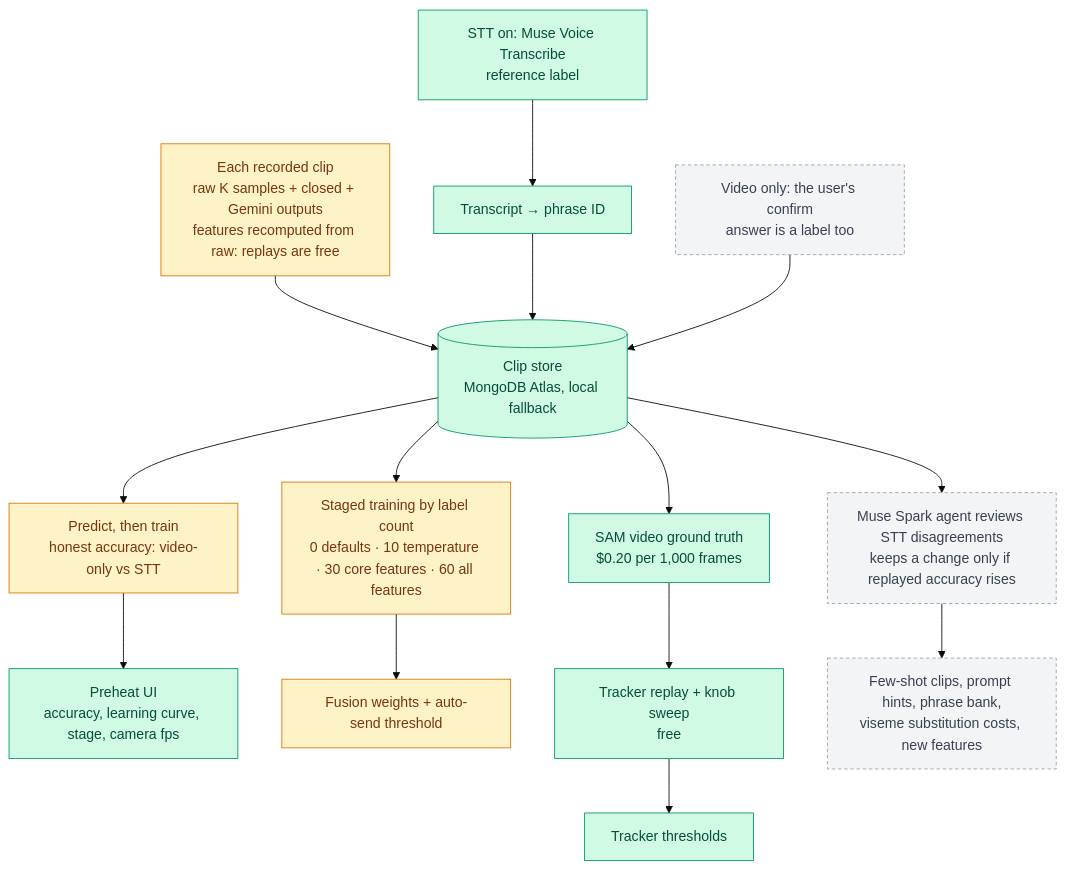
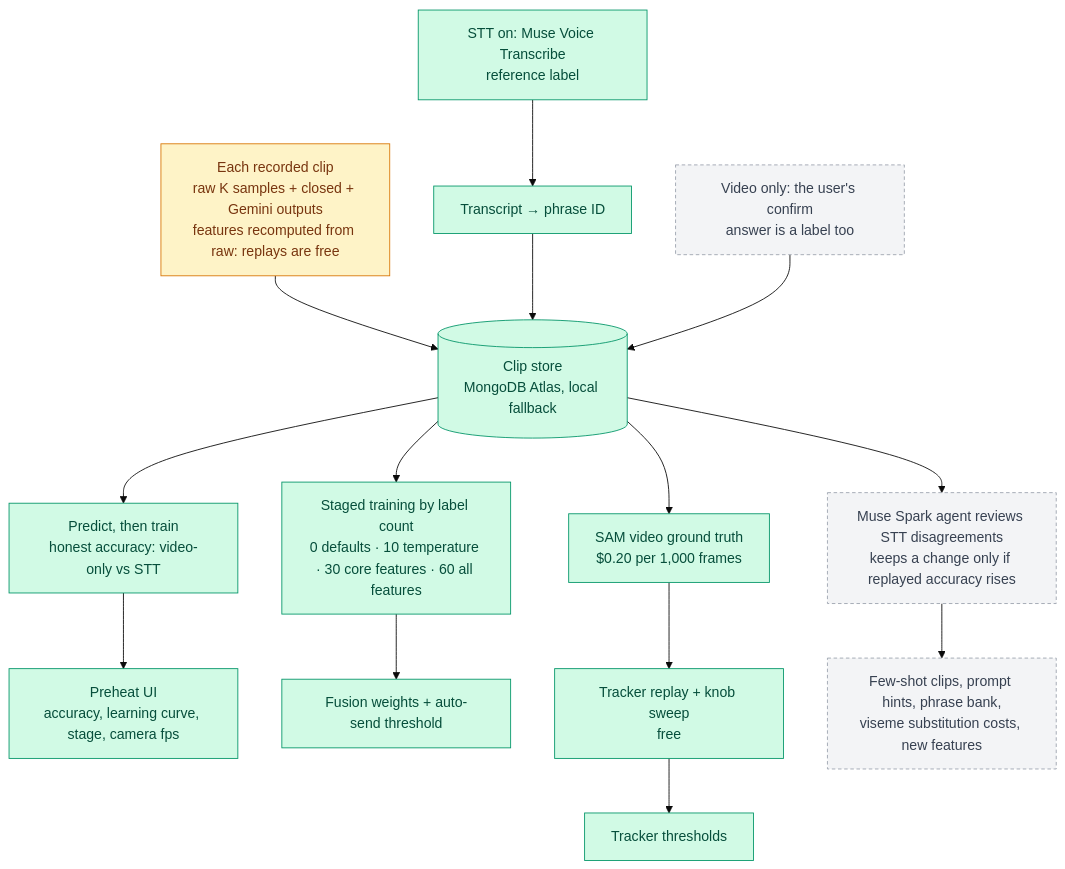
Before and after one commit to Darijan-Ducic/badge-machine: the second of 4 diagrams in docs/pipeline.md, drawn with Mermaid (base theme). The commit also changed other lines of this file and 1 other file, not shown here.

First line of the commit message:
docs: personal vs system training loops; statuses match what's merged

````diff
--- a/docs/pipeline.md
+++ b/docs/pipeline.md
@@ -45,35 +45,35 @@
 ```mermaid
 flowchart TD
   CLIP["Each recorded clip<br/>raw K samples + closed + Gemini outputs<br/>features recomputed from raw: replays are free"]
   STT["STT on: Muse Voice Transcribe<br/>reference label"]
   CONF["Video only: the user's confirm<br/>answer is a label too"]
   MATCH["Transcript → phrase ID"]
   STORE[("Clip store<br/>MongoDB Atlas, local fallback")]
 
   PREQ["Predict, then train<br/>honest accuracy: video-only vs STT"]
   UI["Preheat UI<br/>accuracy, learning curve, stage, camera fps"]
   STAGES["Staged training by label count<br/>0 defaults · 10 temperature · 30 core features · 60 all features"]
   FUSE["Fusion weights + auto-send threshold"]
 
   GT["SAM video ground truth<br/>$0.20 per 1,000 frames"]
   REPLAY["Tracker replay + knob sweep<br/>free"]
   KNOBS["Tracker thresholds"]
 
   AGENT["Muse Spark agent reviews STT disagreements<br/>keeps a change only if replayed accuracy rises"]
   PROMPTS["Few-shot clips, prompt hints, phrase bank,<br/>viseme substitution costs, new features"]
 
   CLIP --> STORE
   STT --> MATCH --> STORE
   CONF --> STORE
   STORE --> PREQ --> UI
   STORE --> STAGES --> FUSE
   STORE --> GT --> REPLAY --> KNOBS
   STORE --> AGENT --> PROMPTS
 
   classDef built fill:#d1fae5,stroke:#059669,color:#064e3b
   classDef building fill:#fef3c7,stroke:#d97706,color:#78350f
   classDef planned fill:#f3f4f6,stroke:#9ca3af,color:#374151,stroke-dasharray:4 3
-  class STT,MATCH,GT,STORE,UI,REPLAY,KNOBS built
-  class CLIP,STAGES,PREQ,FUSE building
+  class STT,MATCH,GT,STORE,UI,REPLAY,KNOBS,STAGES,PREQ,FUSE built
+  class CLIP building
   class CONF,AGENT,PROMPTS planned
 ```
````
